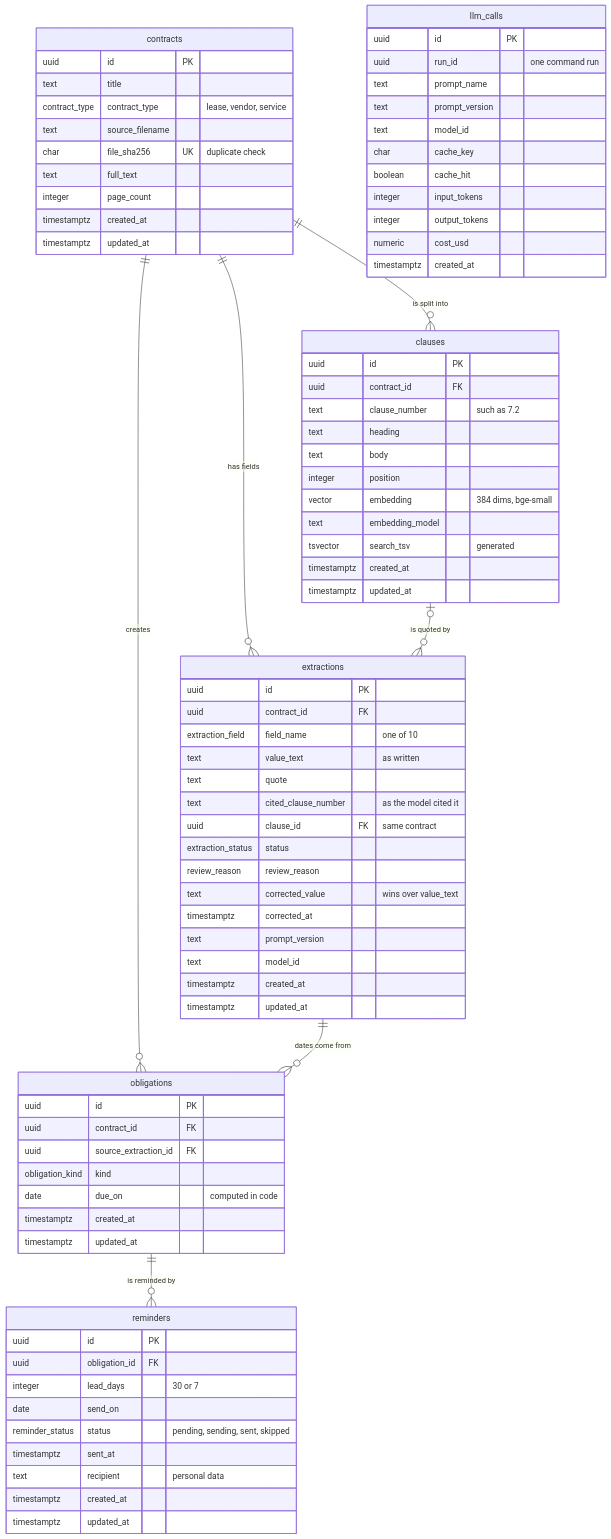
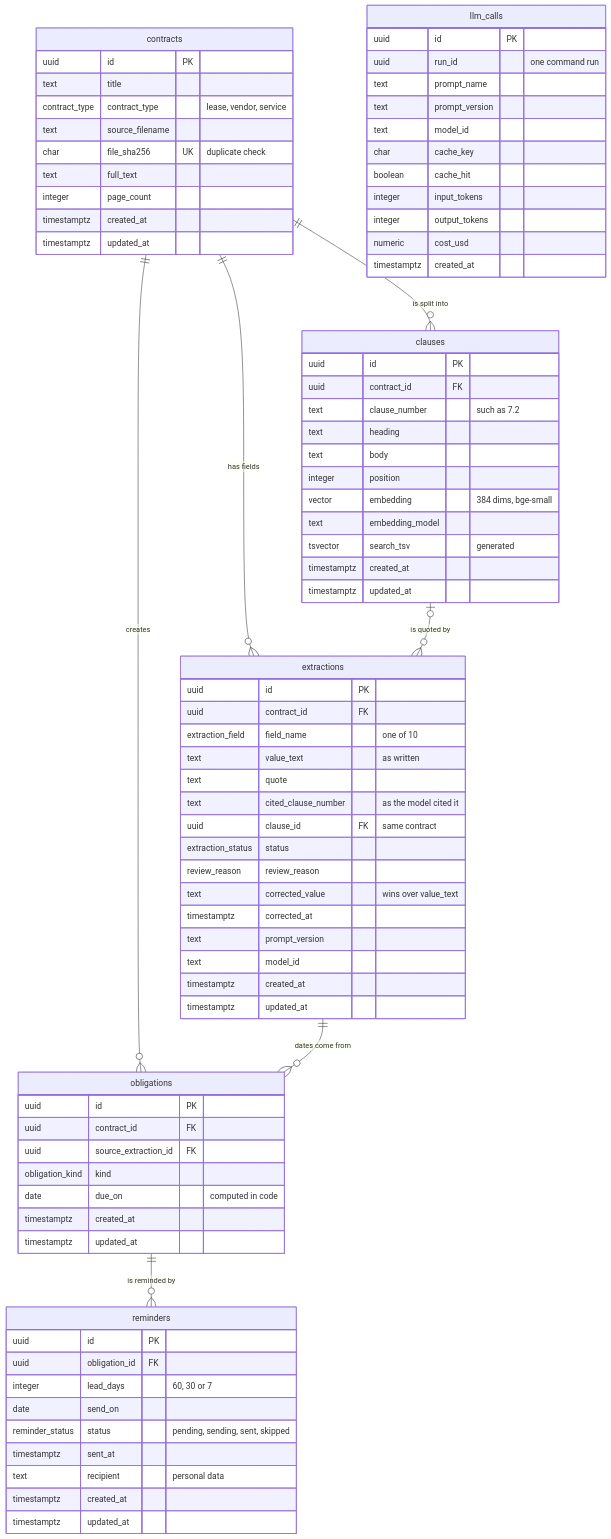
One commit to Mahesh10k/Contract-Tracker changed the diagram in docs/design/erd.md. Above: the diagram before and after it, drawn with Mermaid. The commit also changed other lines of this file and 9 other files, not shown here.

```diff
--- a/docs/design/erd.md
+++ b/docs/design/erd.md
@@ -65,7 +65,7 @@
     reminders {
         uuid id PK
         uuid obligation_id FK
-        integer lead_days "30 or 7"
+        integer lead_days "60, 30 or 7"
         date send_on
         reminder_status status "pending, sending, sent, skipped"
         timestamptz sent_at
```
